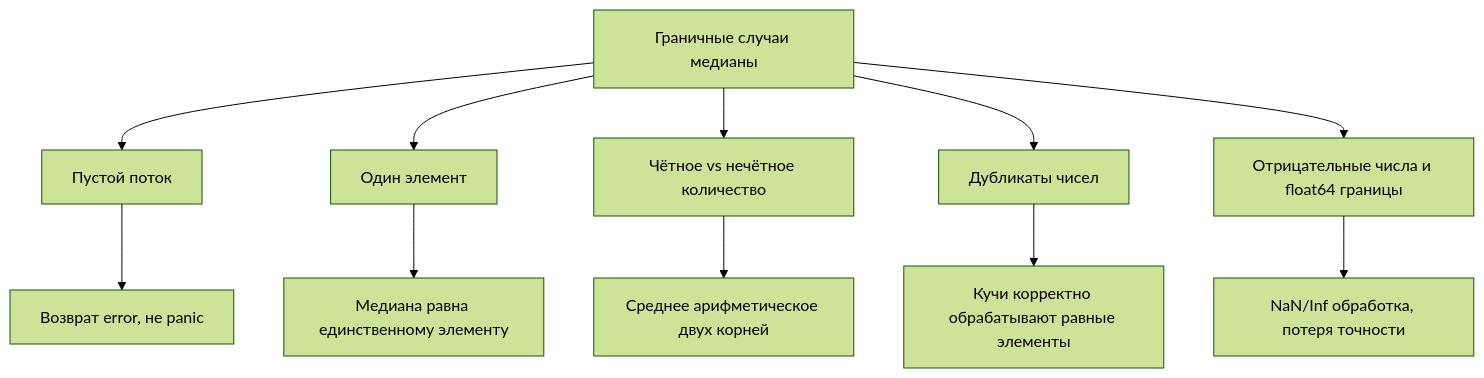
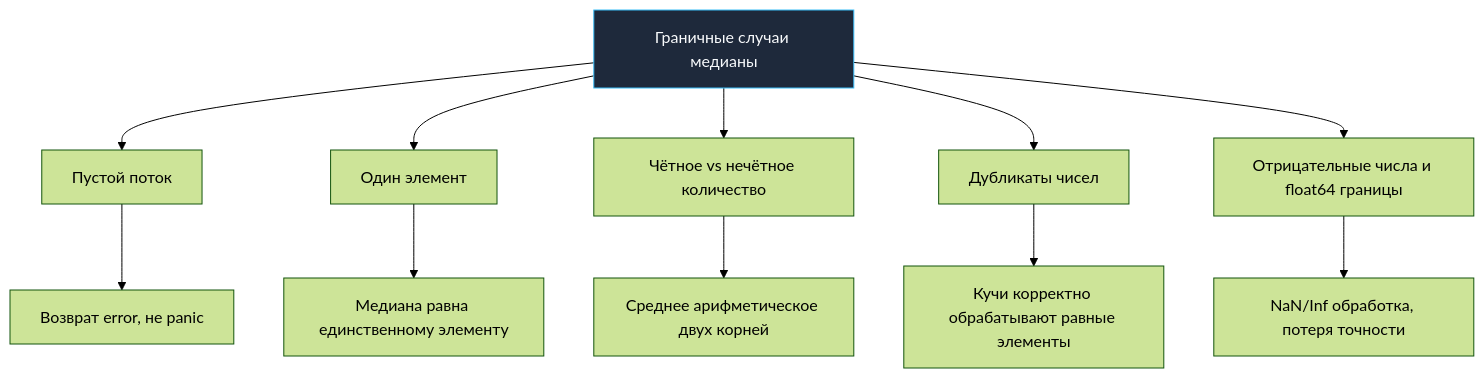
One commit to UnrealTemplier/go-textbook changed the second of 2 diagrams in sources/21. Задачи с LeetCode и собеседований на Go/02. Задачи/28. Потоковые алгоритмы/4. Median from Data Stream.md. Above: the diagram before and after it, drawn with Mermaid (forest theme). The commit also changed other lines of this file and 1666 other files, not shown here.

First line of the commit message:
feat(mermaid): add semantic color classDef to 1369 colorless flowchart/graph diagrams

````diff
--- a/sources/21. Задачи с LeetCode и собеседований на Go/02. Задачи/28. Потоковые алгоритмы/4. Median from Data Stream.md
+++ b/sources/21. Задачи с LeetCode и собеседований на Go/02. Задачи/28. Потоковые алгоритмы/4. Median from Data Stream.md
@@ -189,14 +199,24 @@
 ```mermaid
 flowchart TD
-  A["Граничные случаи медианы"] --> B["Пустой поток"]
+    classDef process  fill:#1e293b,stroke:#38bdf8,stroke-width:1px,color:#f8fafc
+    classDef success  fill:#064e3b,stroke:#34d399,stroke-width:1px,color:#f8fafc
+    classDef error    fill:#7f1d1d,stroke:#f87171,stroke-width:1px,color:#f8fafc
+    classDef warning  fill:#78350f,stroke:#fbbf24,stroke-width:1px,color:#f8fafc
+    classDef entry    fill:#1e3a5f,stroke:#38bdf8,stroke-width:2px,color:#f8fafc
+    classDef aux      fill:#334155,stroke:#64748b,stroke-width:1px,color:#f8fafc
+    classDef system   fill:#312e81,stroke:#a78bfa,stroke-width:1px,color:#f8fafc
+    classDef data     fill:#132d29,stroke:#2dd4bf,stroke-width:1px,color:#f8fafc
+    classDef network  fill:#881337,stroke:#fb7185,stroke-width:1px,color:#f8fafc
+    classDef accent   fill:#1e1b4b,stroke:#818cf8,stroke-width:1px,color:#f8fafc
+  A["Граничные случаи медианы"]:::process --> B["Пустой поток"]
   A --> C["Один элемент"]
   A --> D["Чётное vs нечётное количество"]
   A --> E["Дубликаты чисел"]
   A --> F["Отрицательные числа и float64 границы"]
   
   B --> G["Возврат error, не panic"]
   C --> H["Медиана равна единственному элементу"]
   D --> I["Среднее арифметическое двух корней"]
   E --> J["Кучи корректно обрабатывают равные элементы"]
   F --> K["NaN/Inf обработка, потеря точности"]
 ```
````
